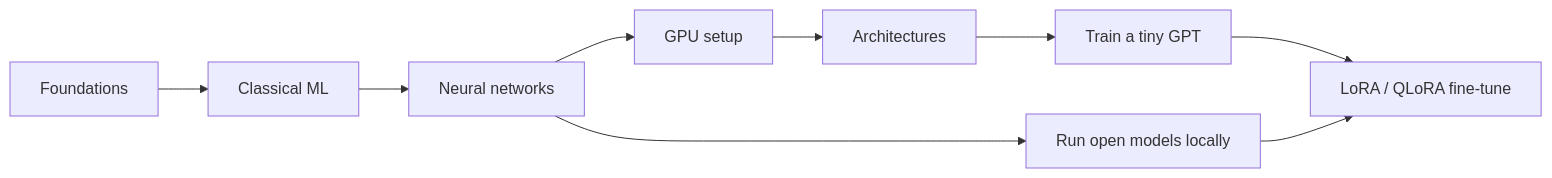
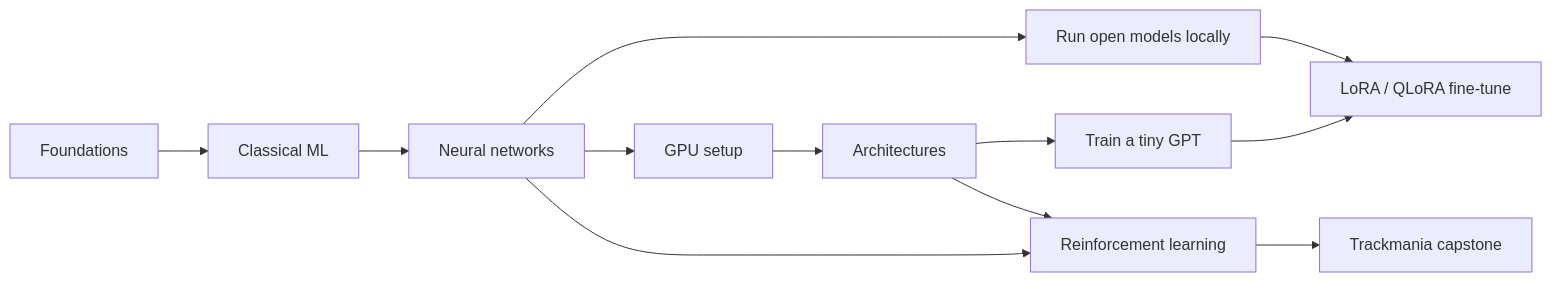
Before and after one commit to anicoll/ml-education: the diagram in site/docs/roadmap.md, drawn with Mermaid. The commit also changed other lines of this file and 14 other files, not shown here.

First line of the commit message:
Add reinforcement learning part and Trackmania capstone

````diff
--- a/site/docs/roadmap.md
+++ b/site/docs/roadmap.md
@@ -10,11 +10,14 @@
 ```mermaid
 flowchart LR
   A[Foundations] --> B[Classical ML]
   B --> C[Neural networks]
   C --> D[GPU setup]
   D --> E[Architectures]
   E --> F[Train a tiny GPT]
   C --> G[Run open models locally]
   F --> H[LoRA / QLoRA fine-tune]
   G --> H
+  C --> I[Reinforcement learning]
+  E --> I
+  I --> J[Trackmania capstone]
 ```
````
